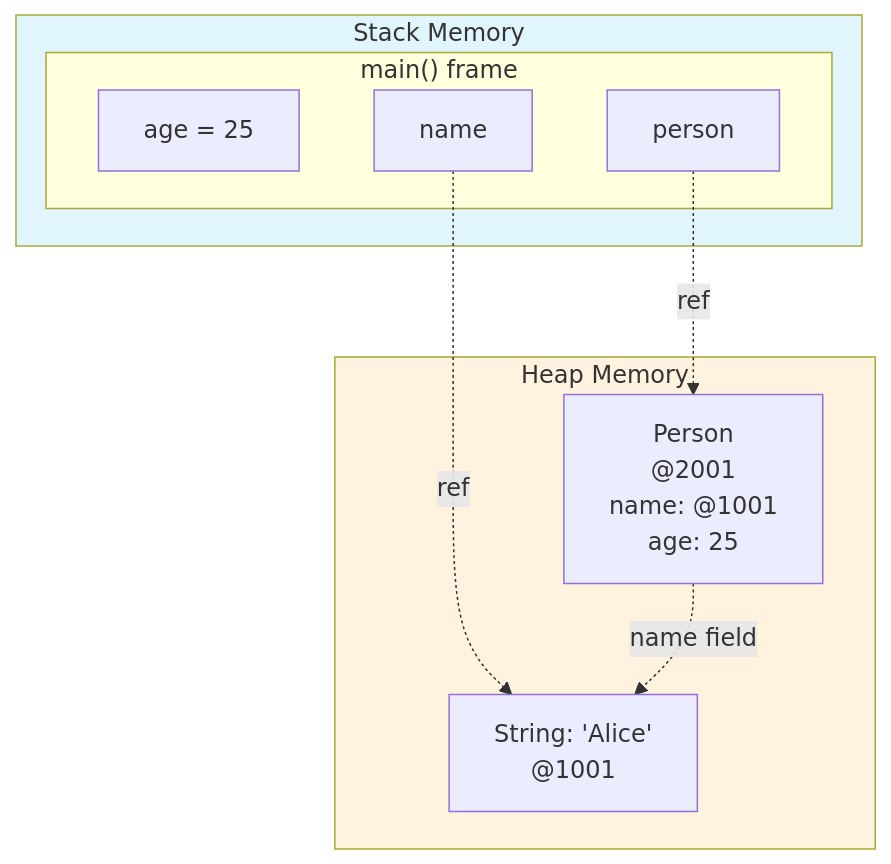
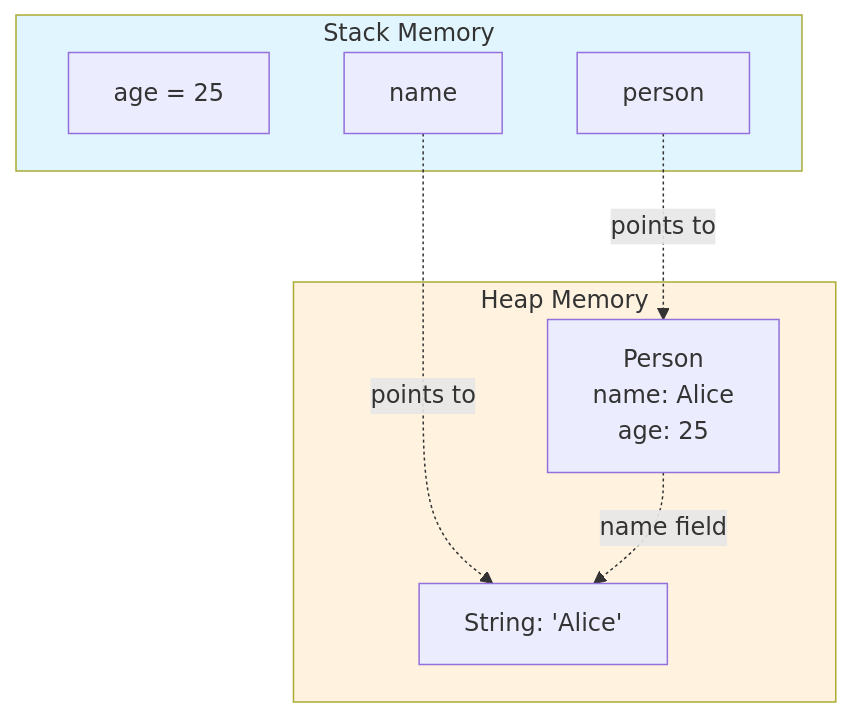
Before and after one commit to stravos97/java-documentation-notes: the third of 8 diagrams in Java Memory Management.md, drawn with Mermaid. The commit also changed other lines of this file, not shown here.

````diff
--- a/Java Memory Management.md
+++ b/Java Memory Management.md
@@ -451,22 +452,20 @@
 ```mermaid
 graph TB
     subgraph Stack["Stack Memory"]
-        subgraph MainFrame["main() frame"]
-            age["age = 25"]
-            name["name"]
-            person["person"]
-        end
+        age["age = 25"]
+        name["name"]
+        person["person"]
     end
     
     subgraph Heap["Heap Memory"]
-        str1["String: 'Alice'<br/>@1001"]
-        p1["Person<br/>@2001<br/>name: @1001<br/>age: 25"]
+        str1["String: 'Alice'"]
+        p1["Person<br/>name: Alice<br/>age: 25"]
     end
     
-    name -.->|ref| str1
-    person -.->|ref| p1
+    name -.->|points to| str1
+    person -.->|points to| p1
     p1 -.->|name field| str1
     
     style Stack fill:#e1f5fe
     style Heap fill:#fff3e0
 ```
````
